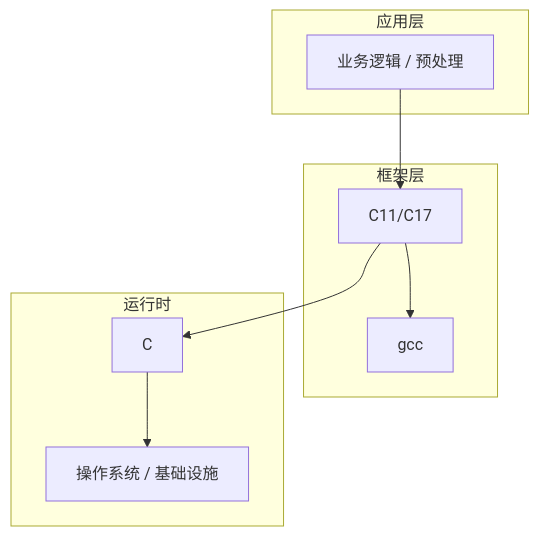
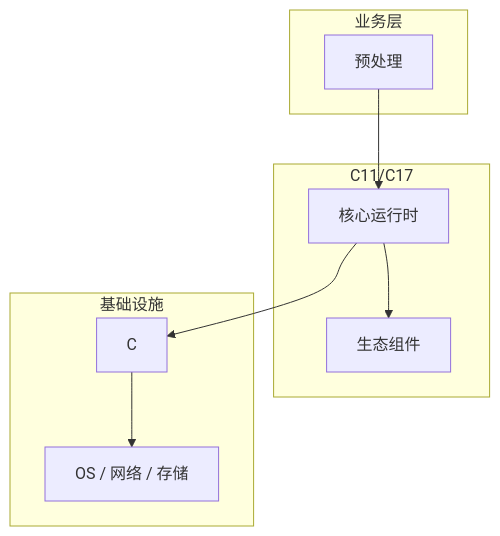
One commit to yanggan2015/knowledge-json-v2 changed the diagram in articles/C语言/chapters/085-预处理核心概念与原理.md. Above: the diagram before and after it, drawn with Mermaid. The commit also changed other lines of this file and 10127 other files, not shown here.

````diff
--- a/articles/C语言/chapters/085-预处理核心概念与原理.md
+++ b/articles/C语言/chapters/085-预处理核心概念与原理.md
@@ -45,18 +34,18 @@
 ```mermaid
 graph TB
-    subgraph 应用层
-        A[业务逻辑 / 预处理]
+    subgraph 业务层
+        A[预处理]
     end
-    subgraph 框架层
-        B[C11/C17]
-        C[gcc]
+    subgraph C11/C17
+        B[核心运行时]
+        C[生态组件]
     end
-    subgraph 运行时
+    subgraph 基础设施
         D[C]
-        E[操作系统 / 基础设施]
+        E[OS / 网络 / 存储]
     end
     A --> B
     B --> C
     B --> D
     D --> E
 ```
````
